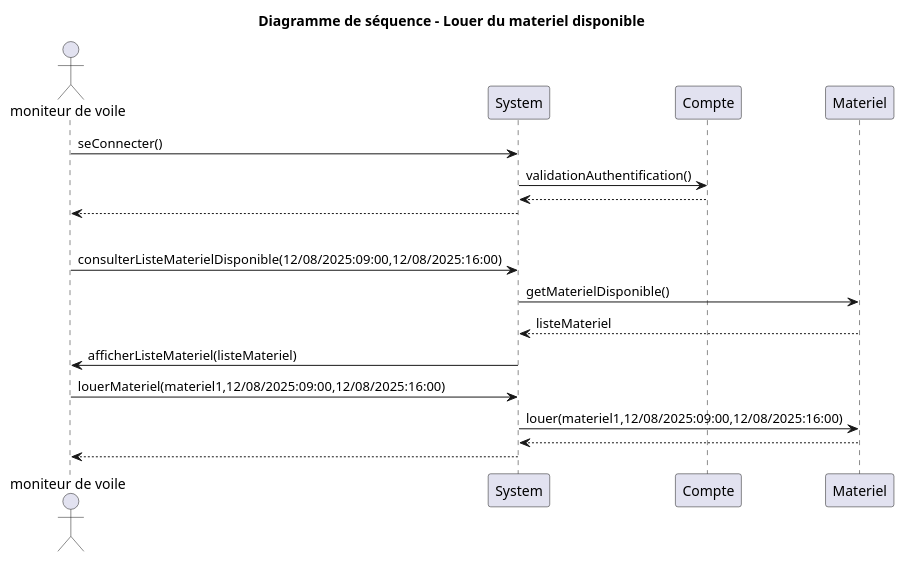
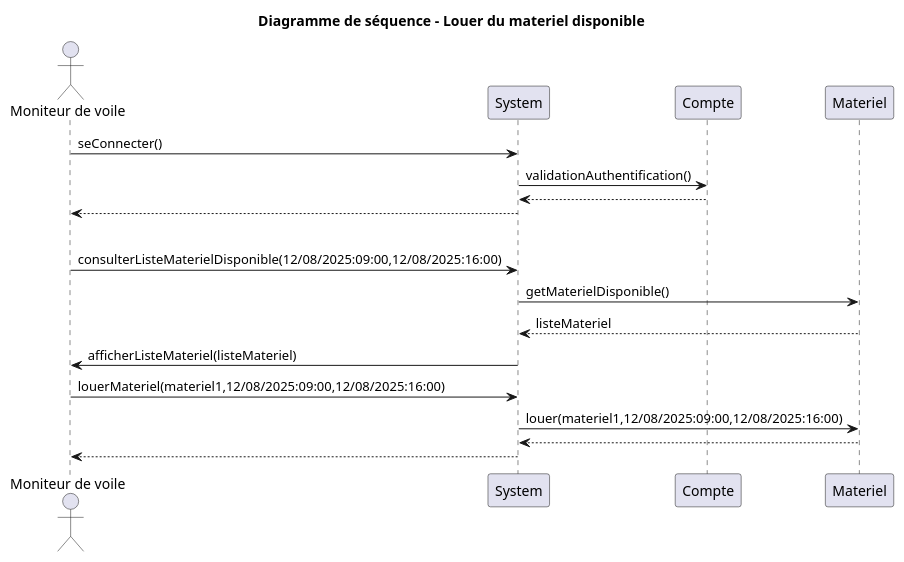
One commit to Egario54/ProjetClubNautique changed the diagram in UML/Diagramme_séquence_location_materiel_dispo.puml. Above: the diagram before and after it, drawn with PlantUML. The commit also changed 19 other files, not shown here.

Commit message:
Correction orthographiques sur les diagrammes (Le prochain qui écrit accueille avec le LE à la fin je le défonce)

```diff
--- a/UML/Diagramme_séquence_location_materiel_dispo.puml
+++ b/UML/Diagramme_séquence_location_materiel_dispo.puml
@@ -1,27 +1,27 @@
 @startuml
 'https://plantuml.com/sequence-diagram
 
 title : Diagramme de séquence - Louer du materiel disponible
 
-actor "moniteur de voile" as mono
+actor "Moniteur de voile" as mono
 
 'Connexion à un compte'
 mono -> System : seConnecter()
 System -> Compte : validationAuthentification()
 return
 System --> mono
 
 'Séparation'
 |||
 
 'Le moniteur gère la location du materiel'
 mono -> System : consulterListeMaterielDisponible(12/08/2025:09:00,12/08/2025:16:00)
 System -> Materiel : getMaterielDisponible()
 return listeMateriel
 System -> mono : afficherListeMateriel(listeMateriel)
 mono -> System : louerMateriel(materiel1,12/08/2025:09:00,12/08/2025:16:00)
 System -> Materiel : louer(materiel1,12/08/2025:09:00,12/08/2025:16:00)
 return
 System --> mono
 
 @enduml
```
